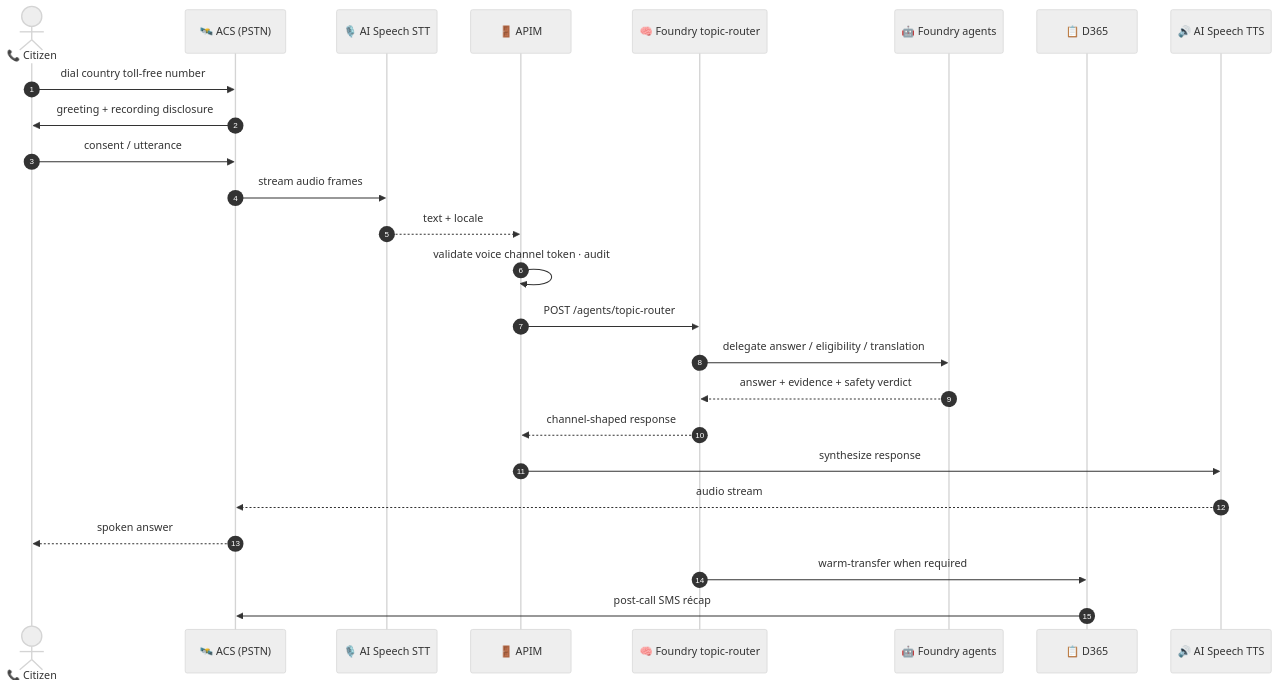
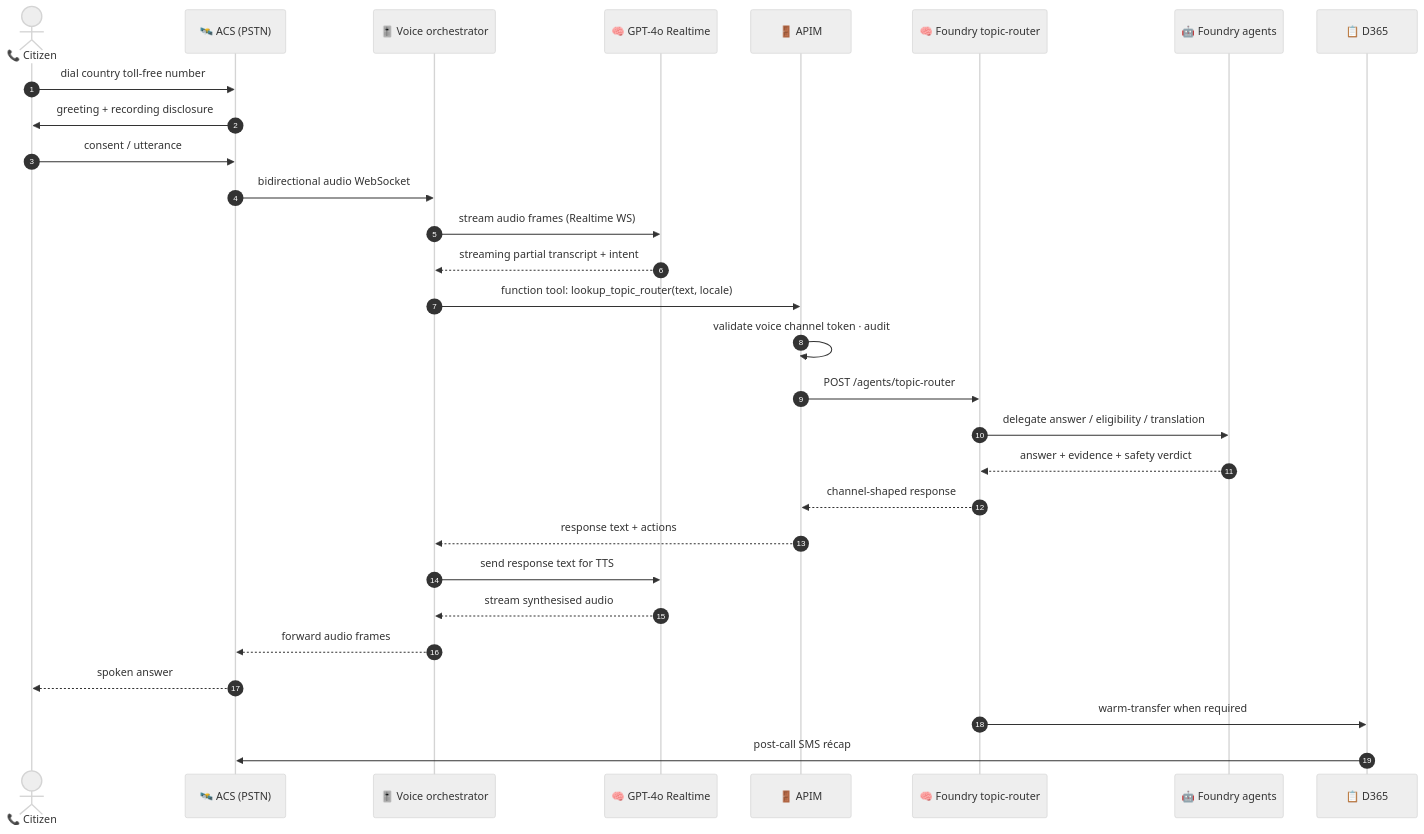
The second of 5 diagrams in docs/biz/voice.md (fredgis/UDCSP), drawn with Mermaid (neutral theme) before and after one commit. The commit also changed other lines of this file and 3 other files, not shown here.

First line of the commit message:
fix(audit): correct sprint-1 OpenAPI refs + voice mermaid + ai TL;DR

````diff
--- a/docs/biz/voice.md
+++ b/docs/biz/voice.md
@@ -91,27 +94,31 @@
 ```mermaid
 sequenceDiagram
     autonumber
     actor C as 📞 Citizen
     participant ACS as 🛰️ ACS (PSTN)
-    participant STT as 🎙️ AI Speech STT
+    participant ORCH as 🎚️ Voice orchestrator
+    participant GPTRT as 🧠 GPT-4o Realtime
     participant API as 🚪 APIM
     participant R as 🧠 Foundry topic-router
     participant F as 🤖 Foundry agents
     participant D as 📋 D365
-    participant TTS as 🔊 AI Speech TTS
     C->>ACS: dial country toll-free number
     ACS->>C: greeting + recording disclosure
     C->>ACS: consent / utterance
-    ACS->>STT: stream audio frames
-    STT-->>API: text + locale
+    ACS->>ORCH: bidirectional audio WebSocket
+    ORCH->>GPTRT: stream audio frames (Realtime WS)
+    GPTRT-->>ORCH: streaming partial transcript + intent
+    ORCH->>API: function tool: lookup_topic_router(text, locale)
     API->>API: validate voice channel token · audit
     API->>R: POST /agents/topic-router
     R->>F: delegate answer / eligibility / translation
     F-->>R: answer + evidence + safety verdict
     R-->>API: channel-shaped response
-    API->>TTS: synthesize response
-    TTS-->>ACS: audio stream
+    API-->>ORCH: response text + actions
+    ORCH->>GPTRT: send response text for TTS
+    GPTRT-->>ORCH: stream synthesised audio
+    ORCH-->>ACS: forward audio frames
     ACS-->>C: spoken answer
     R->>D: warm-transfer when required
     D->>ACS: post-call SMS récap
 ```
````
